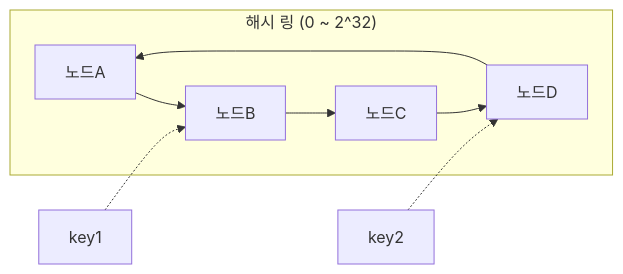
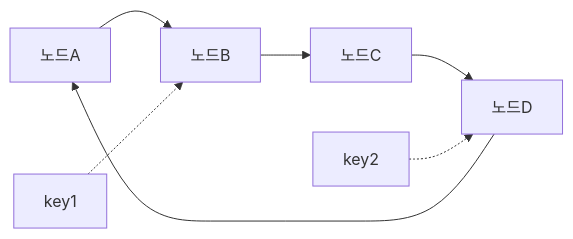
The first of 8 diagrams in _posts/systemdesign/2026-05-03-system-design-kv-store.md (yjkim2015/yjkim2015.github.io), drawn with Mermaid before and after one commit. The commit also changed other lines of this file and 155 other files, not shown here.

First line of the commit message:
Mermaid 전면 수정: subgraph 제거, participant/노드/줄수 축소 (342블록)

````diff
--- a/_posts/systemdesign/2026-05-03-system-design-kv-store.md
+++ b/_posts/systemdesign/2026-05-03-system-design-kv-store.md
@@ -62,11 +62,9 @@
 ```mermaid
 graph LR
-    subgraph ring["해시 링 (0 ~ 2^32)"]
-        N1["노드A"] --> N2["노드B"]
-        N2 --> N3["노드C"]
-        N3 --> N4["노드D"]
-        N4 --> N1
-    end
+    N1["노드A"] --> N2["노드B"]
+    N2 --> N3["노드C"]
+    N3 --> N4["노드D"]
+    N4 --> N1
     K1["key1"] -.-> N2
     K2["key2"] -.-> N4
 ```
````
